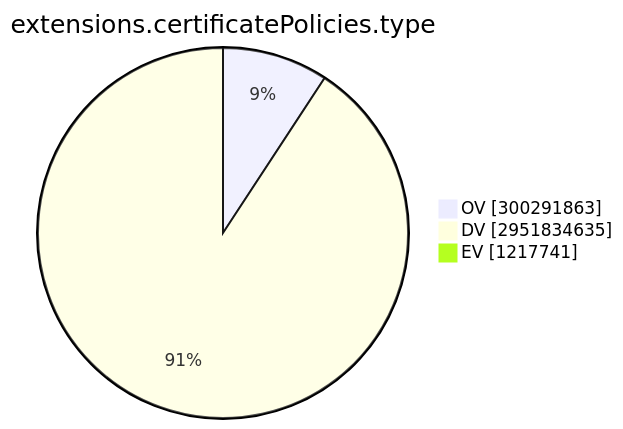
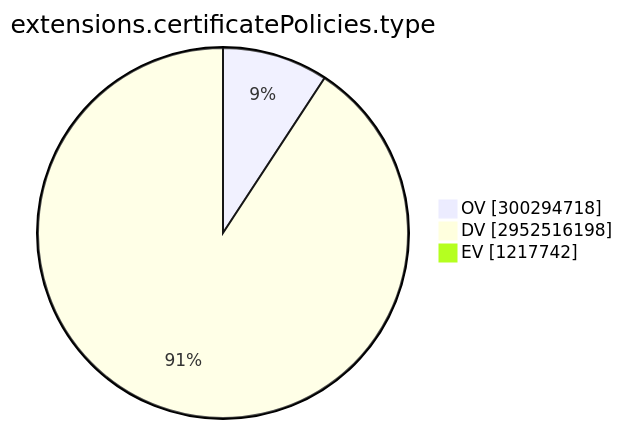
One commit to christiankrug/ctmonitor_visualization changed the ninth of 15 diagrams in TOTAL/README.md. Above: the diagram before and after it, drawn with Mermaid. The commit also changed other lines of this file, not shown here.

````diff
--- a/TOTAL/README.md
+++ b/TOTAL/README.md
@@ -3101,7 +3101,7 @@
 ```mermaid
 pie showData
 title extensions.certificatePolicies.type
-"OV" :300291863
-"DV" :2951834635
-"EV" :1217741
+"OV" :300294718
+"DV" :2952516198
+"EV" :1217742
 ```
````
